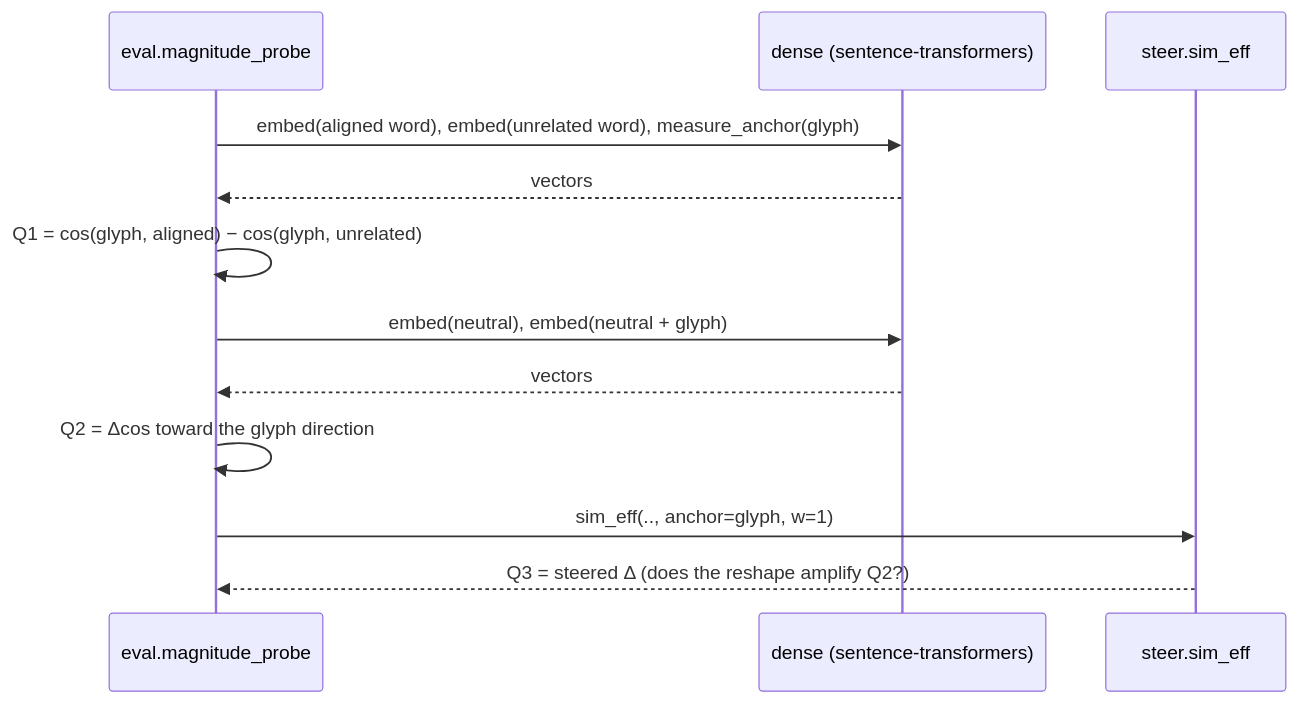
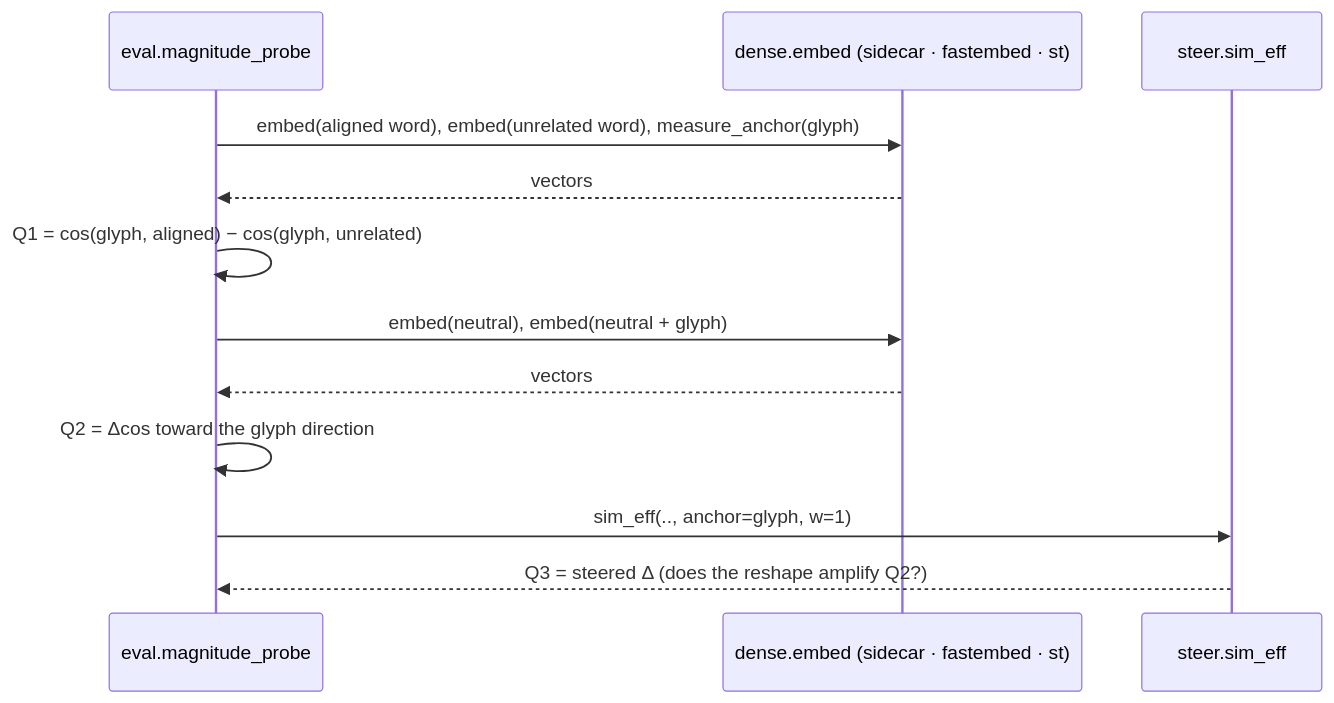
Before and after one commit to sancovp/chaincompiler: the second of 4 diagrams in packages/glyphsteer/.claude/rules/20-architecture-flows.md, drawn with Mermaid. The commit also changed other lines of this file and 13 other files, not shown here.

````diff
--- a/packages/glyphsteer/.claude/rules/20-architecture-flows.md
+++ b/packages/glyphsteer/.claude/rules/20-architecture-flows.md
@@ -33,15 +33,15 @@
 ```mermaid
 sequenceDiagram
     participant E as eval.magnitude_probe
-    participant D as dense (sentence-transformers)
+    participant D as dense.embed (sidecar · fastembed · st)
     participant St as steer.sim_eff
 
     E->>D: embed(aligned word), embed(unrelated word), measure_anchor(glyph)
     D-->>E: vectors
     E->>E: Q1 = cos(glyph, aligned) − cos(glyph, unrelated)
     E->>D: embed(neutral), embed(neutral + glyph)
     D-->>E: vectors
     E->>E: Q2 = Δcos toward the glyph direction
     E->>St: sim_eff(.., anchor=glyph, w=1)
     St-->>E: Q3 = steered Δ (does the reshape amplify Q2?)
 ```
````
